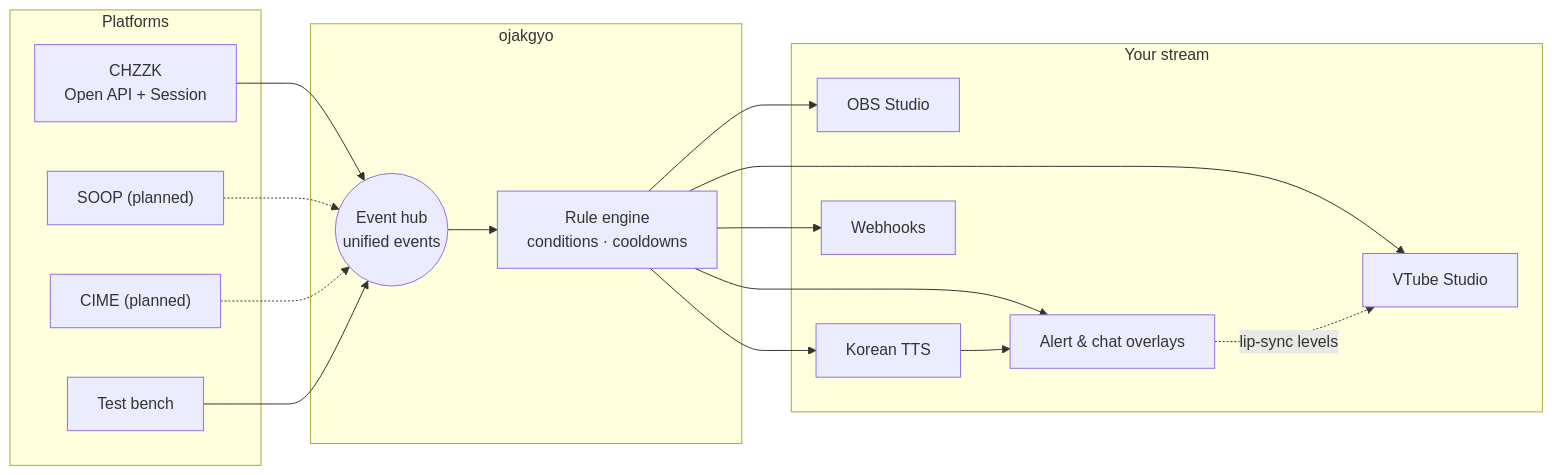
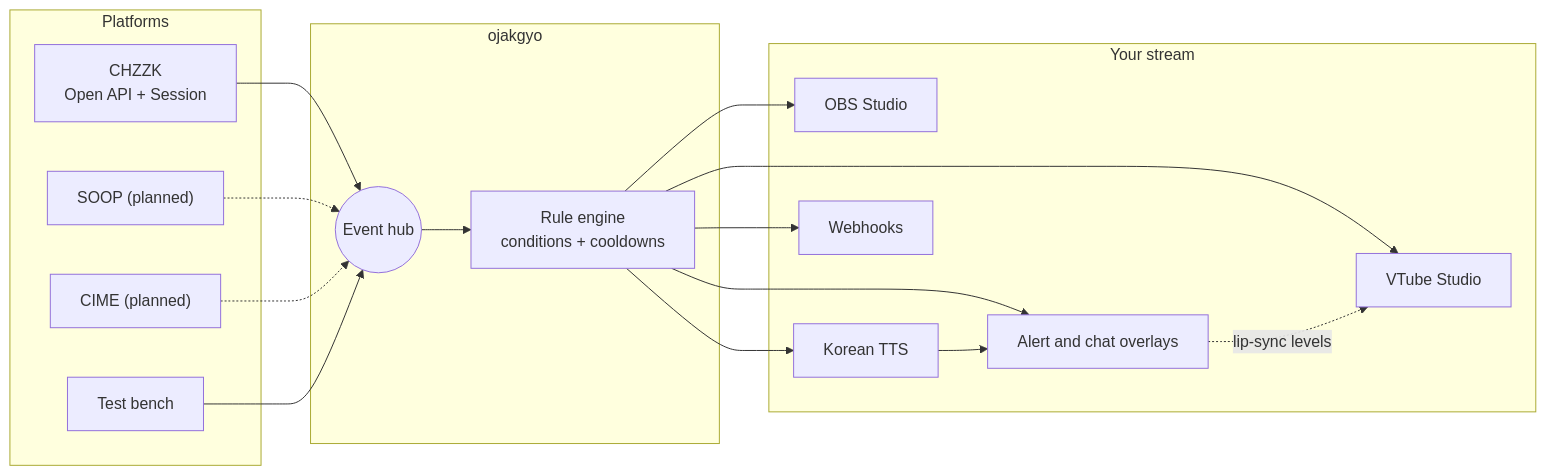
Before and after one commit to BudongJW/ojakgyo: the diagram in README.md, drawn with Mermaid.

Commit message:
Fix architecture diagram rendering in README
Avoid the reserved TB node id and use the pipe syntax for the dotted edge label.

````diff
--- a/README.md
+++ b/README.md
@@ -117,35 +117,35 @@
 ```mermaid
 flowchart LR
-    subgraph P["Platforms"]
-        CZ["CHZZK<br/>Open API + Session"]
-        SP["SOOP (planned)"]
-        CM["CIME (planned)"]
-        TB["Test bench"]
+    subgraph PLAT["Platforms"]
+        CHZZK["CHZZK<br/>Open API + Session"]
+        SOOP["SOOP (planned)"]
+        CIME["CIME (planned)"]
+        BENCH["Test bench"]
     end
 
-    subgraph O["ojakgyo"]
-        HUB(("Event hub<br/>unified events"))
-        RE["Rule engine<br/>conditions · cooldowns"]
+    subgraph BRIDGE["ojakgyo"]
+        HUB(("Event hub"))
+        RULES["Rule engine<br/>conditions + cooldowns"]
     end
 
-    subgraph X["Your stream"]
+    subgraph STREAM["Your stream"]
         VTS["VTube Studio"]
         OBS["OBS Studio"]
-        OV["Alert & chat overlays"]
+        OVERLAY["Alert and chat overlays"]
         TTS["Korean TTS"]
-        WH["Webhooks"]
+        HOOK["Webhooks"]
     end
 
-    CZ --> HUB
-    SP -.-> HUB
-    CM -.-> HUB
-    TB --> HUB
-    HUB --> RE
-    RE --> VTS
-    RE --> OBS
-    RE --> OV
-    RE --> WH
-    RE --> TTS
-    TTS --> OV
-    OV -. "lip-sync levels" .-> VTS
+    CHZZK --> HUB
+    SOOP -.-> HUB
+    CIME -.-> HUB
+    BENCH --> HUB
+    HUB --> RULES
+    RULES --> VTS
+    RULES --> OBS
+    RULES --> OVERLAY
+    RULES --> HOOK
+    RULES --> TTS
+    TTS --> OVERLAY
+    OVERLAY -.->|lip-sync levels| VTS
 ```
````
